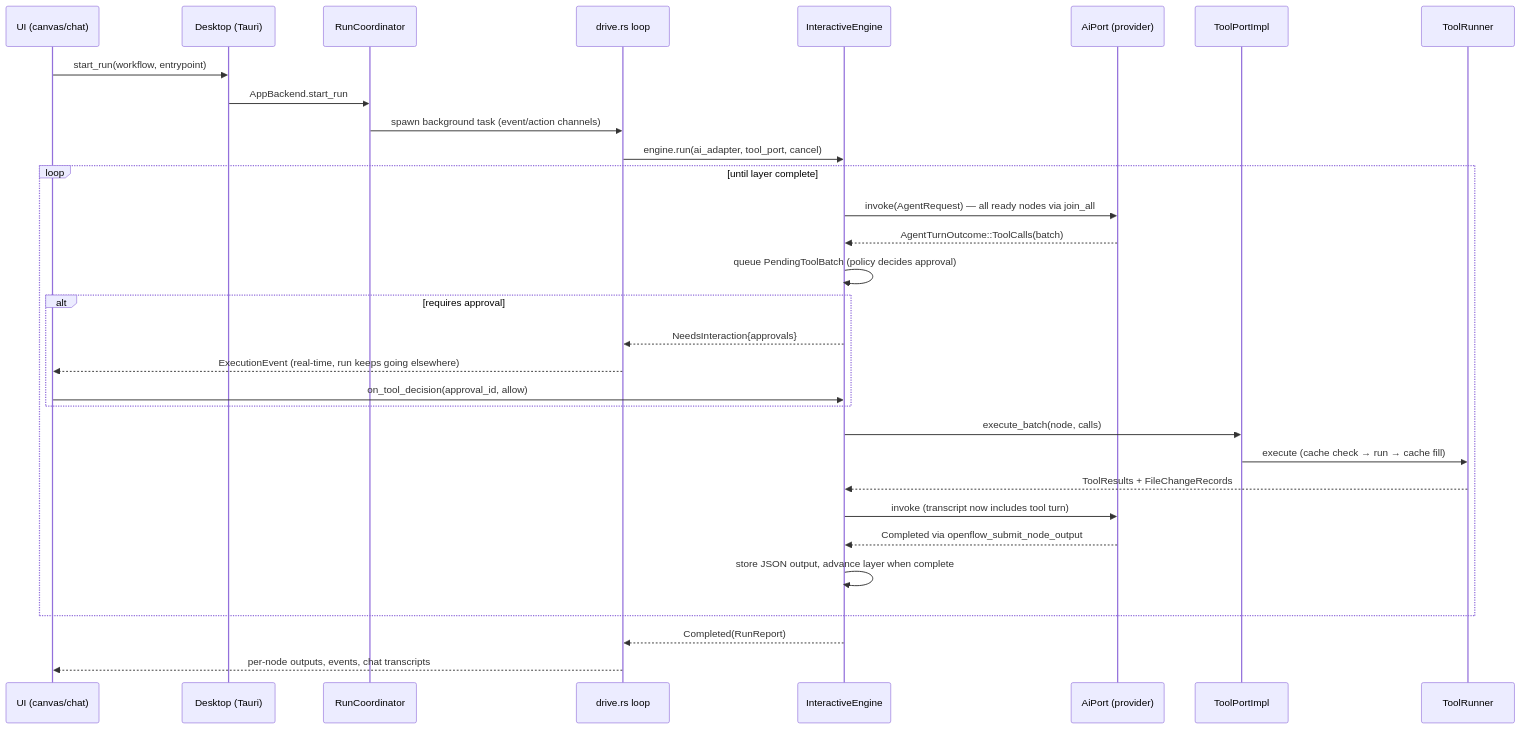
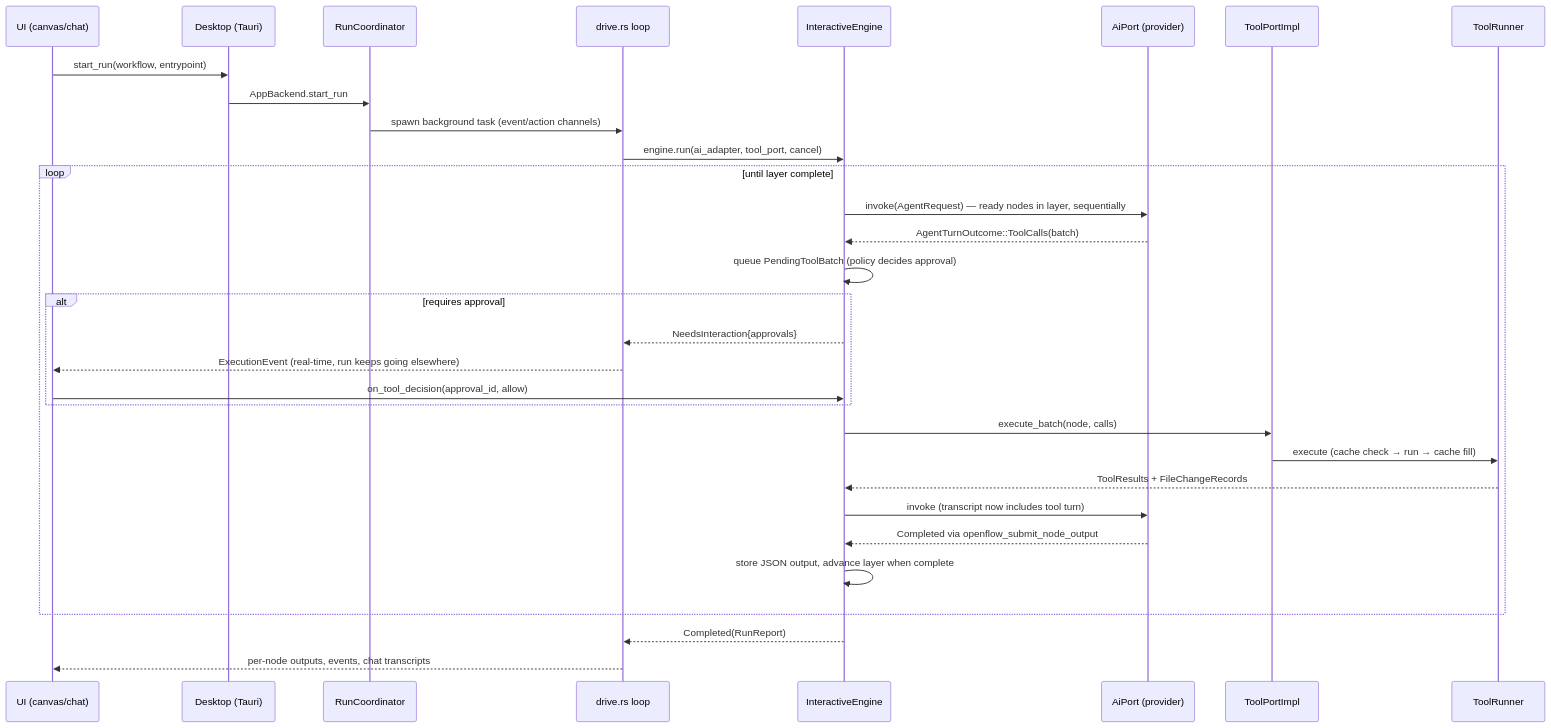
One commit to philbotar/OpenFlow changed the fourth of 8 diagrams in docs/architecture/technical-overview.md. Above: the diagram before and after it, drawn with Mermaid. The commit also changed other lines of this file and 139 other files, not shown here.

````diff
--- a/docs/architecture/technical-overview.md
+++ b/docs/architecture/technical-overview.md
@@ -120,34 +120,34 @@
 ```mermaid
 sequenceDiagram
     participant UI as UI (canvas/chat)
     participant D as Desktop (Tauri)
     participant RC as RunCoordinator
     participant DR as drive.rs loop
     participant E as InteractiveEngine
     participant AI as AiPort (provider)
     participant TP as ToolPortImpl
     participant TR as ToolRunner
 
     UI->>D: start_run(workflow, entrypoint)
     D->>RC: AppBackend.start_run
     RC->>DR: spawn background task (event/action channels)
     DR->>E: engine.run(ai_adapter, tool_port, cancel)
     loop until layer complete
-        E->>AI: invoke(AgentRequest) — all ready nodes via join_all
+        E->>AI: invoke(AgentRequest) — ready nodes in layer, sequentially
         AI-->>E: AgentTurnOutcome::ToolCalls(batch)
         E->>E: queue PendingToolBatch (policy decides approval)
         alt requires approval
             E-->>DR: NeedsInteraction{approvals}
             DR-->>UI: ExecutionEvent (real-time, run keeps going elsewhere)
             UI->>E: on_tool_decision(approval_id, allow)
         end
         E->>TP: execute_batch(node, calls)
         TP->>TR: execute (cache check → run → cache fill)
         TR-->>E: ToolResults + FileChangeRecords
         E->>AI: invoke (transcript now includes tool turn)
         AI-->>E: Completed via openflow_submit_node_output
         E->>E: store JSON output, advance layer when complete
     end
     E-->>DR: Completed(RunReport)
     DR-->>UI: per-node outputs, events, chat transcripts
 ```
````
